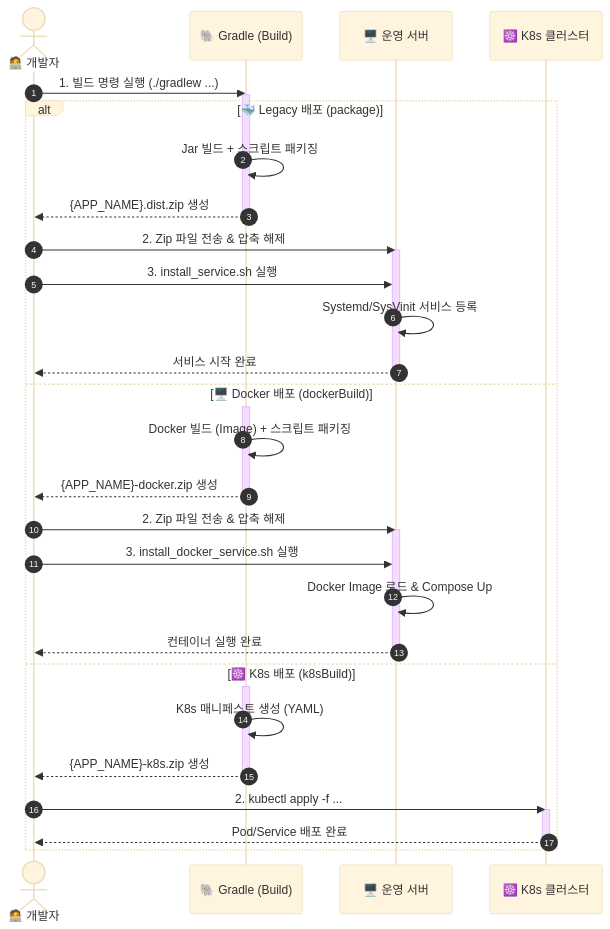
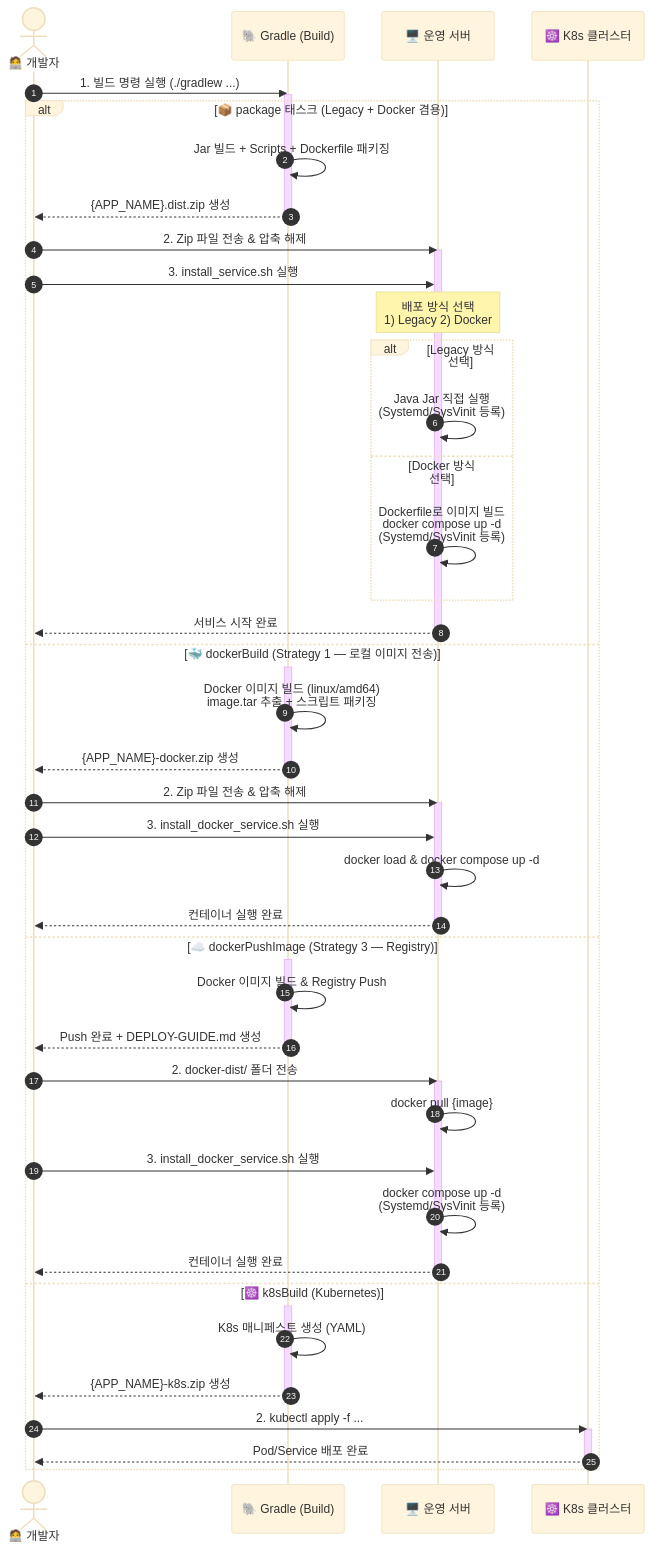
One commit to MJ-Youn/build-template changed the second of 2 diagrams in README.md. Above: the diagram before and after it, drawn with Mermaid (base theme). The commit also changed other lines of this file, not shown here.

Commit message:
diagram 수정

````diff
--- a/README.md
+++ b/README.md
@@ -451,45 +444,63 @@
 ```mermaid
 sequenceDiagram
     autonumber
     actor Dev as 🧑‍💻 개발자
     participant Gradle as 🐘 Gradle (Build)
     participant Server as 🖥️ 운영 서버
     participant K8s as ☸️ K8s 클러스터
 
     Dev->>Gradle: 1. 빌드 명령 실행 (./gradlew ...)
     activate Gradle
 
-    alt 🐳 Legacy 배포 (package)
-        Gradle->>Gradle: Jar 빌드 + 스크립트 패키징
+    alt 📦 package 태스크 (Legacy + Docker 겸용)
+        Gradle->>Gradle: Jar 빌드 + Scripts + Dockerfile 패키징
         Gradle-->>Dev: {APP_NAME}.dist.zip 생성
         deactivate Gradle
         Dev->>Server: 2. Zip 파일 전송 & 압축 해제
         activate Server
         Dev->>Server: 3. install_service.sh 실행
-        Server->>Server: Systemd/SysVinit 서비스 등록
+        Note over Server: 배포 방식 선택<br/>1) Legacy  2) Docker
+        alt Legacy 방식 선택
+            Server->>Server: Java Jar 직접 실행<br/>(Systemd/SysVinit 등록)
+        else Docker 방식 선택
+            Server->>Server: Dockerfile로 이미지 빌드<br/>docker compose up -d<br/>(Systemd/SysVinit 등록)
+        end
         Server-->>Dev: 서비스 시작 완료
         deactivate Server
 
-    else 🖥️ Docker 배포 (dockerBuild)
+    else 🐳 dockerBuild (Strategy 1 — 로컬 이미지 전송)
         activate Gradle
-        Gradle->>Gradle: Docker 빌드 (Image) + 스크립트 패키징
+        Gradle->>Gradle: Docker 이미지 빌드 (linux/amd64)<br/>image.tar 추출 + 스크립트 패키징
         Gradle-->>Dev: {APP_NAME}-docker.zip 생성
         deactivate Gradle
         Dev->>Server: 2. Zip 파일 전송 & 압축 해제
         activate Server
         Dev->>Server: 3. install_docker_service.sh 실행
-        Server->>Server: Docker Image 로드 & Compose Up
+        Server->>Server: docker load & docker compose up -d
         Server-->>Dev: 컨테이너 실행 완료
         deactivate Server
 
-    else ☸️ K8s 배포 (k8sBuild)
+    else ☁️ dockerPushImage (Strategy 3 — Registry)
+        activate Gradle
+        Gradle->>Gradle: Docker 이미지 빌드 & Registry Push
+        Gradle-->>Dev: Push 완료 + DEPLOY-GUIDE.md 생성
+        deactivate Gradle
+        Dev->>Server: 2. docker-dist/ 폴더 전송
+        activate Server
+        Server->>Server: docker pull {image}
+        Dev->>Server: 3. install_docker_service.sh 실행
+        Server->>Server: docker compose up -d<br/>(Systemd/SysVinit 등록)
+        Server-->>Dev: 컨테이너 실행 완료
+        deactivate Server
+
+    else ☸️ k8sBuild (Kubernetes)
         activate Gradle
         Gradle->>Gradle: K8s 매니페스트 생성 (YAML)
         Gradle-->>Dev: {APP_NAME}-k8s.zip 생성
         deactivate Gradle
         Dev->>K8s: 2. kubectl apply -f ...
         activate K8s
         K8s-->>Dev: Pod/Service 배포 완료
         deactivate K8s
     end
 ```
````
